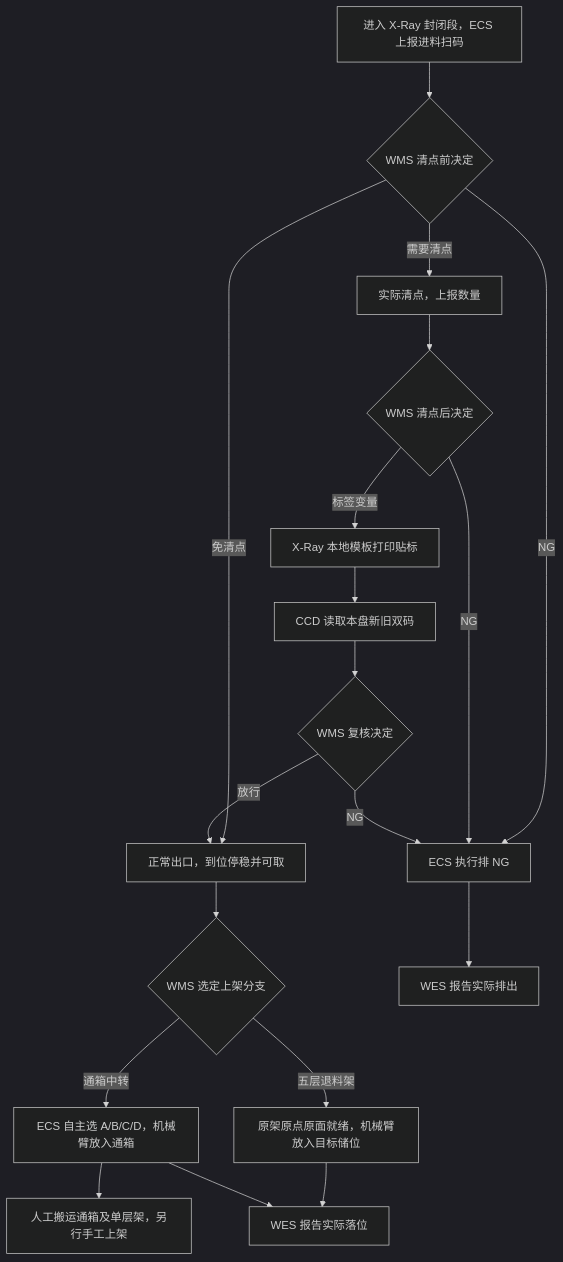
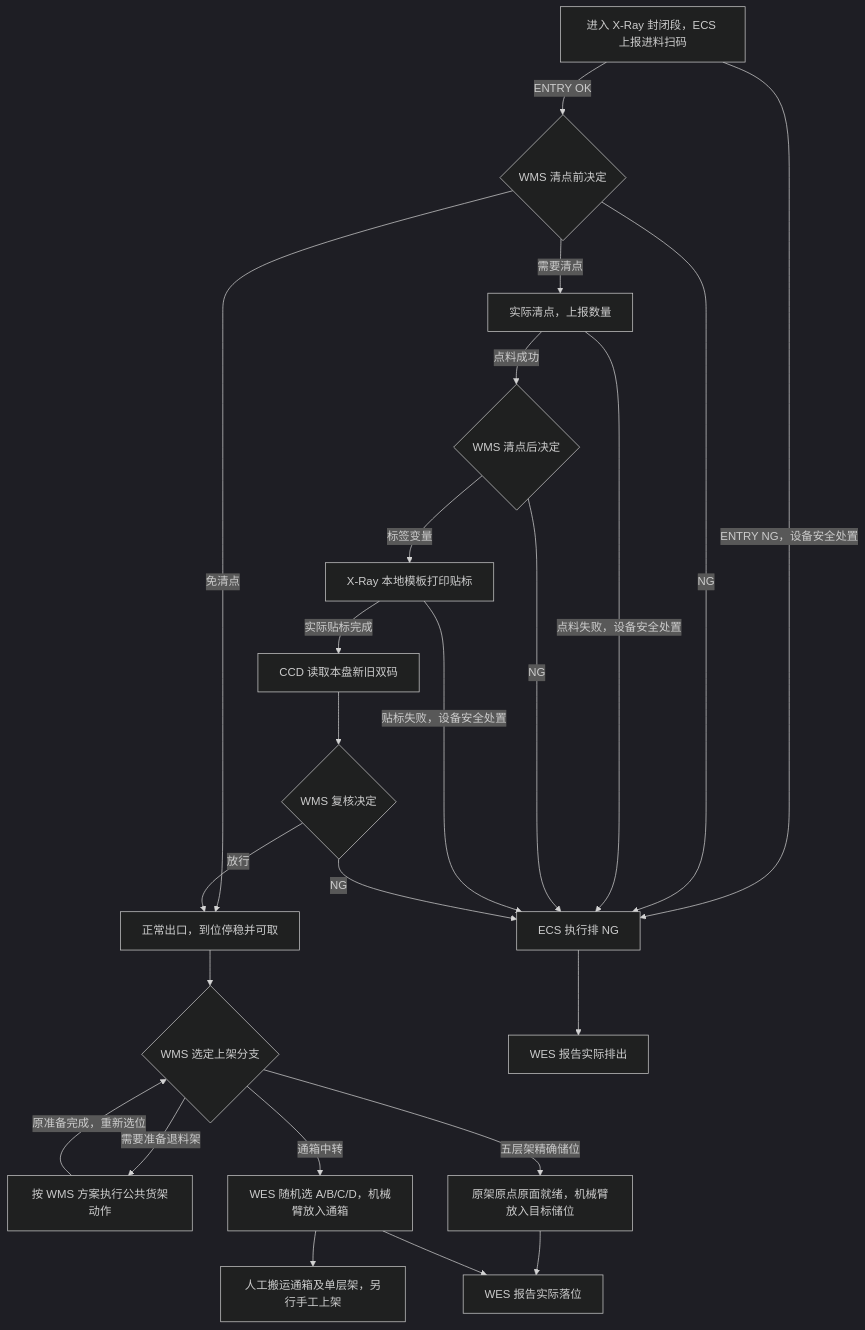
The first of 2 diagrams in docs/integrations/xray-api.md (kaizhoumasha/maintenance-admin), drawn with Mermaid (dark theme) before and after one commit. The commit also changed other lines of this file and 53 other files, not shown here.

````diff
--- a/docs/integrations/xray-api.md
+++ b/docs/integrations/xray-api.md
@@ -53,21 +55,26 @@
 ```mermaid
 flowchart TD
-    I["进入 X-Ray 封闭段，ECS 上报进料扫码"] --> D{"WMS 清点前决定"}
+    I["进入 X-Ray 封闭段，ECS 上报进料扫码"] -->|ENTRY OK| D{"WMS 清点前决定"}
+    I -->|ENTRY NG，设备安全处置| N["ECS 执行排 NG"]
     D -->|需要清点| C["实际清点，上报数量"]
     D -->|免清点| O["正常出口，到位停稳并可取"]
-    D -->|NG| N["ECS 执行排 NG"]
-    C --> L{"WMS 清点后决定"}
+    D -->|NG| N
+    C -->|点料成功| L{"WMS 清点后决定"}
+    C -->|点料失败，设备安全处置| N
     L -->|标签变量| P["X-Ray 本地模板打印贴标"]
     L -->|NG| N
-    P --> V["CCD 读取本盘新旧双码"]
+    P -->|实际贴标完成| V["CCD 读取本盘新旧双码"]
+    P -->|贴标失败，设备安全处置| N
     V --> F{"WMS 复核决定"}
     F -->|放行| O
     F -->|NG| N
     O --> T{"WMS 选定上架分支"}
-    T -->|五层退料架| R["原架原点原面就绪，机械臂放入目标储位"]
-    T -->|通箱中转| B["ECS 自主选 A/B/C/D，机械臂放入通箱"]
+    T -->|需要准备退料架| A["按 WMS 方案执行公共货架动作"]
+    A -->|原准备完成，重新选位| T
+    T -->|五层架精确储位| R["原架原点原面就绪，机械臂放入目标储位"]
+    T -->|通箱中转| B["WES 随机选 A/B/C/D，机械臂放入通箱"]
     B --> H["人工搬运通箱及单层架，另行手工上架"]
     R --> W["WES 报告实际落位"]
     B --> W
     N --> G["WES 报告实际排出"]
 ```
````
